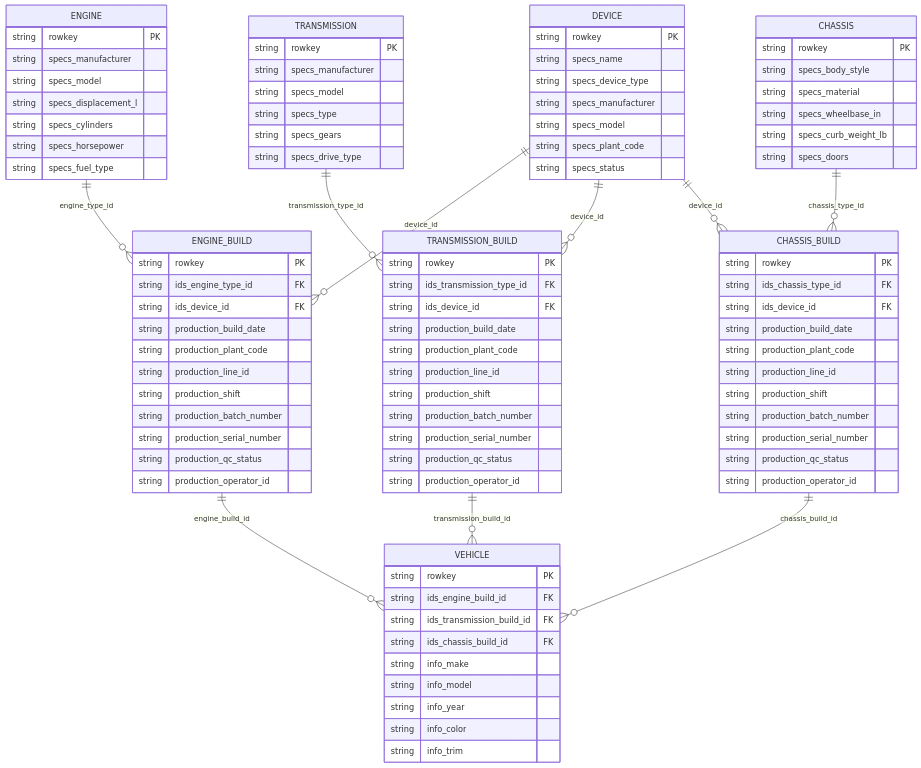
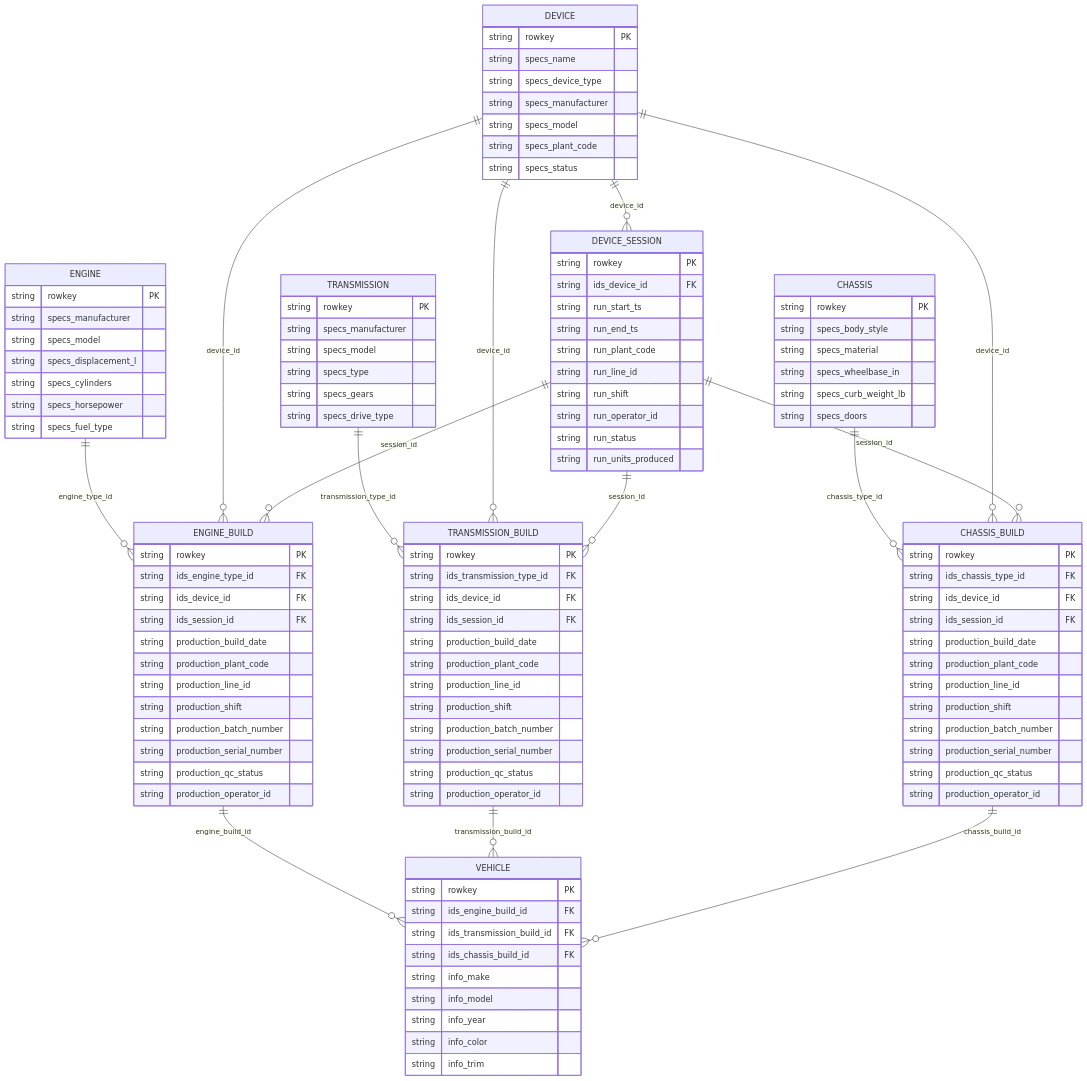
Before and after one commit to BrooksIan/PhoenixDotNet: the first of 2 diagrams in use-cases/vehicle360/README.md, drawn with Mermaid. The commit also changed other lines of this file and 11 other files, not shown here.

```diff
--- a/use-cases/vehicle360/README.md
+++ b/use-cases/vehicle360/README.md
@@ -39,9 +43,13 @@
   ENGINE ||--o{ ENGINE_BUILD : "engine_type_id"
   TRANSMISSION ||--o{ TRANSMISSION_BUILD : "transmission_type_id"
   CHASSIS ||--o{ CHASSIS_BUILD : "chassis_type_id"
+  DEVICE ||--o{ DEVICE_SESSION : "device_id"
   DEVICE ||--o{ ENGINE_BUILD : "device_id"
   DEVICE ||--o{ TRANSMISSION_BUILD : "device_id"
   DEVICE ||--o{ CHASSIS_BUILD : "device_id"
+  DEVICE_SESSION ||--o{ ENGINE_BUILD : "session_id"
+  DEVICE_SESSION ||--o{ TRANSMISSION_BUILD : "session_id"
+  DEVICE_SESSION ||--o{ CHASSIS_BUILD : "session_id"
   ENGINE_BUILD ||--o{ VEHICLE : "engine_build_id"
   TRANSMISSION_BUILD ||--o{ VEHICLE : "transmission_build_id"
   CHASSIS_BUILD ||--o{ VEHICLE : "chassis_build_id"
@@ -84,10 +92,24 @@
     string specs_status
   }
 
+  DEVICE_SESSION {
+    string rowkey PK
+    string ids_device_id FK
+    string run_start_ts
+    string run_end_ts
+    string run_plant_code
+    string run_line_id
+    string run_shift
+    string run_operator_id
+    string run_status
+    string run_units_produced
+  }
+
   ENGINE_BUILD {
     string rowkey PK
     string ids_engine_type_id FK
     string ids_device_id FK
+    string ids_session_id FK
     string production_build_date
     string production_plant_code
     string production_line_id
@@ -102,6 +124,7 @@
     string rowkey PK
     string ids_transmission_type_id FK
     string ids_device_id FK
+    string ids_session_id FK
     string production_build_date
     string production_plant_code
     string production_line_id
@@ -116,6 +139,7 @@
     string rowkey PK
     string ids_chassis_type_id FK
     string ids_device_id FK
+    string ids_session_id FK
     string production_build_date
     string production_plant_code
     string production_line_id
```
